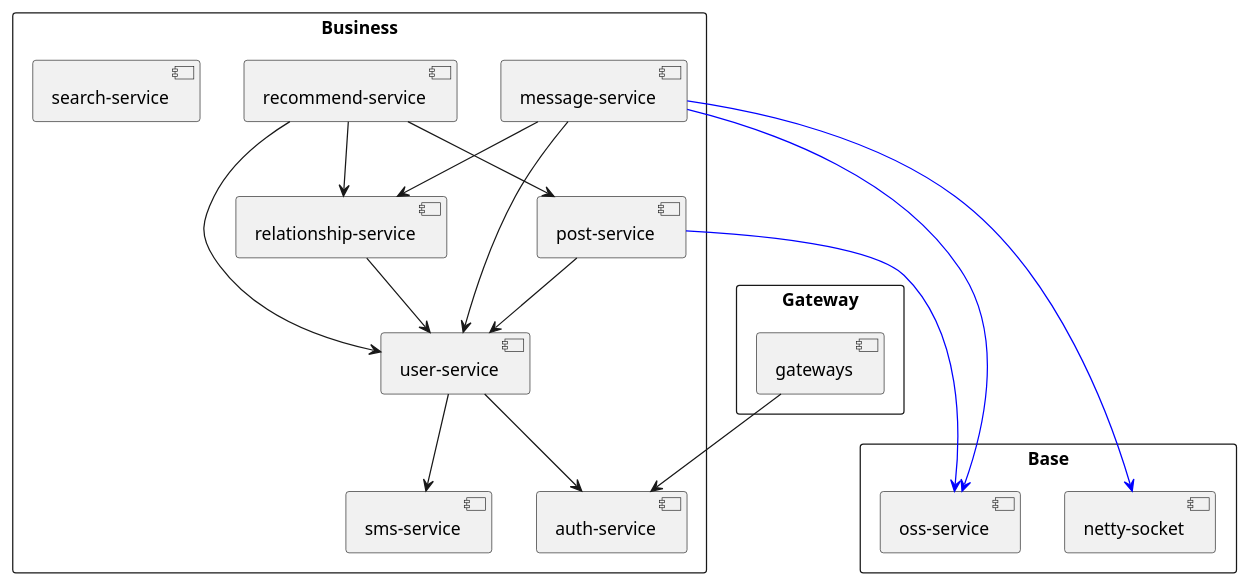
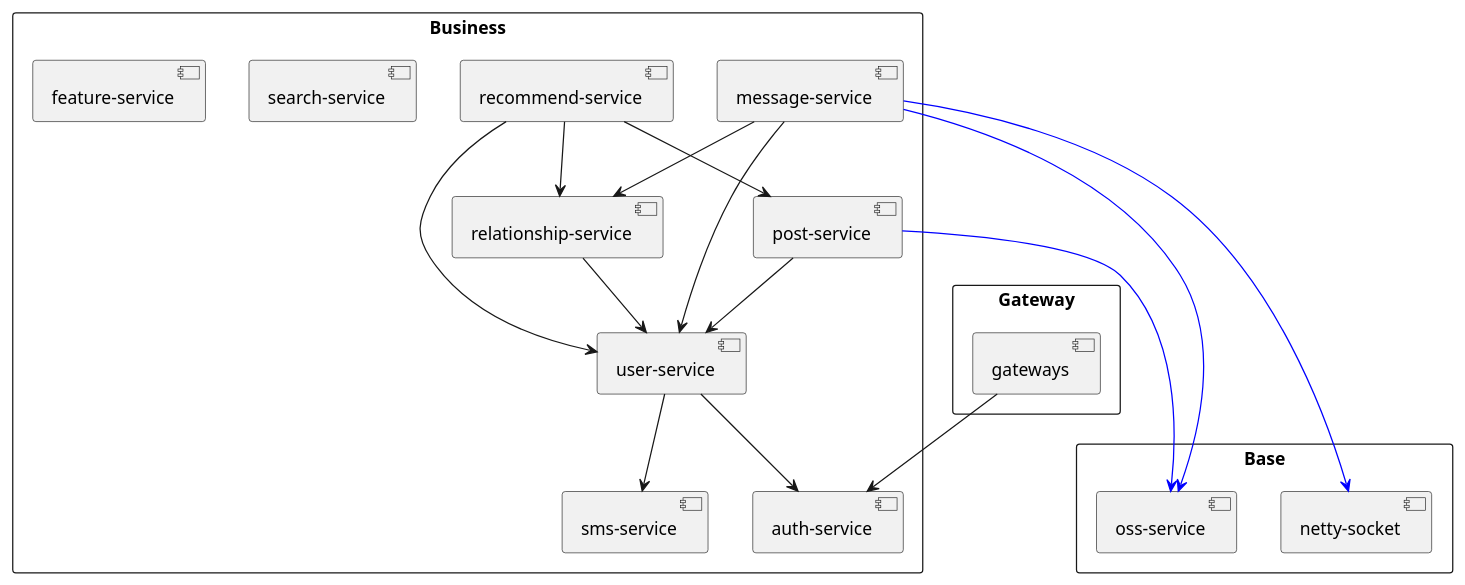
Before and after one commit to nangong918/SmartMedicine-App: the diagram in spring-server/docs/service依赖树.puml, drawn with PlantUML. The commit also changed 11 other files, not shown here.

```diff
--- a/spring-server/docs/service依赖树.puml
+++ b/spring-server/docs/service依赖树.puml
@@ -1,44 +1,45 @@
 @startuml
 skinparam packageStyle rectangle
 
 
 package "Base" {
     [netty-socket]
     [oss-service]
 }
 
 package "Business" {
     [user-service]
     [auth-service]
     [sms-service]
     [message-service]
     [relationship-service]
     [post-service]
     [recommend-service]
     [search-service]
+    [feature-service]
 
     [message-service] --> [user-service]
     [message-service] --> [relationship-service]
     [message-service] -[#0000FF]--> [oss-service]
     [message-service] -[#0000FF]--> [netty-socket]
 
     [relationship-service] --> [user-service]
 
     [user-service] --> [auth-service]
     [user-service] --> [sms-service]
 
     [post-service] --> [user-service]
     [post-service] -[#0000FF]--> [oss-service]
 
     [recommend-service] --> [user-service]
     [recommend-service] --> [post-service]
     [recommend-service] --> [relationship-service]
 }
 
 package "Gateway" {
     [gateways]
 
     [gateways] --> [auth-service]
 }
 
 @enduml
```
